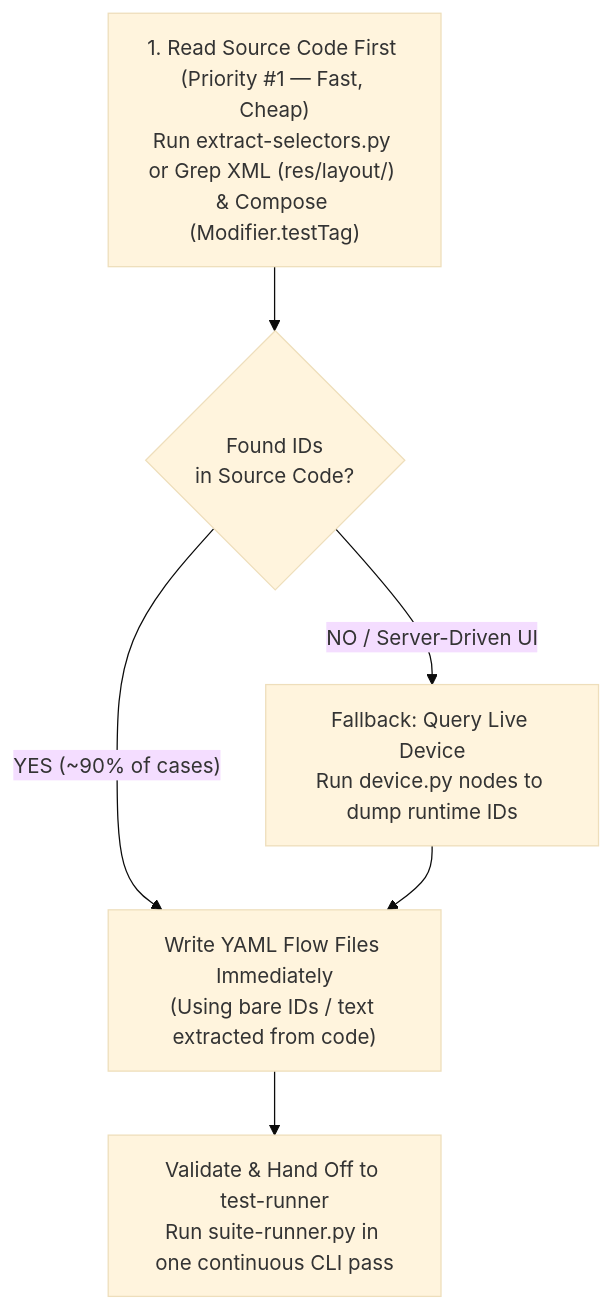
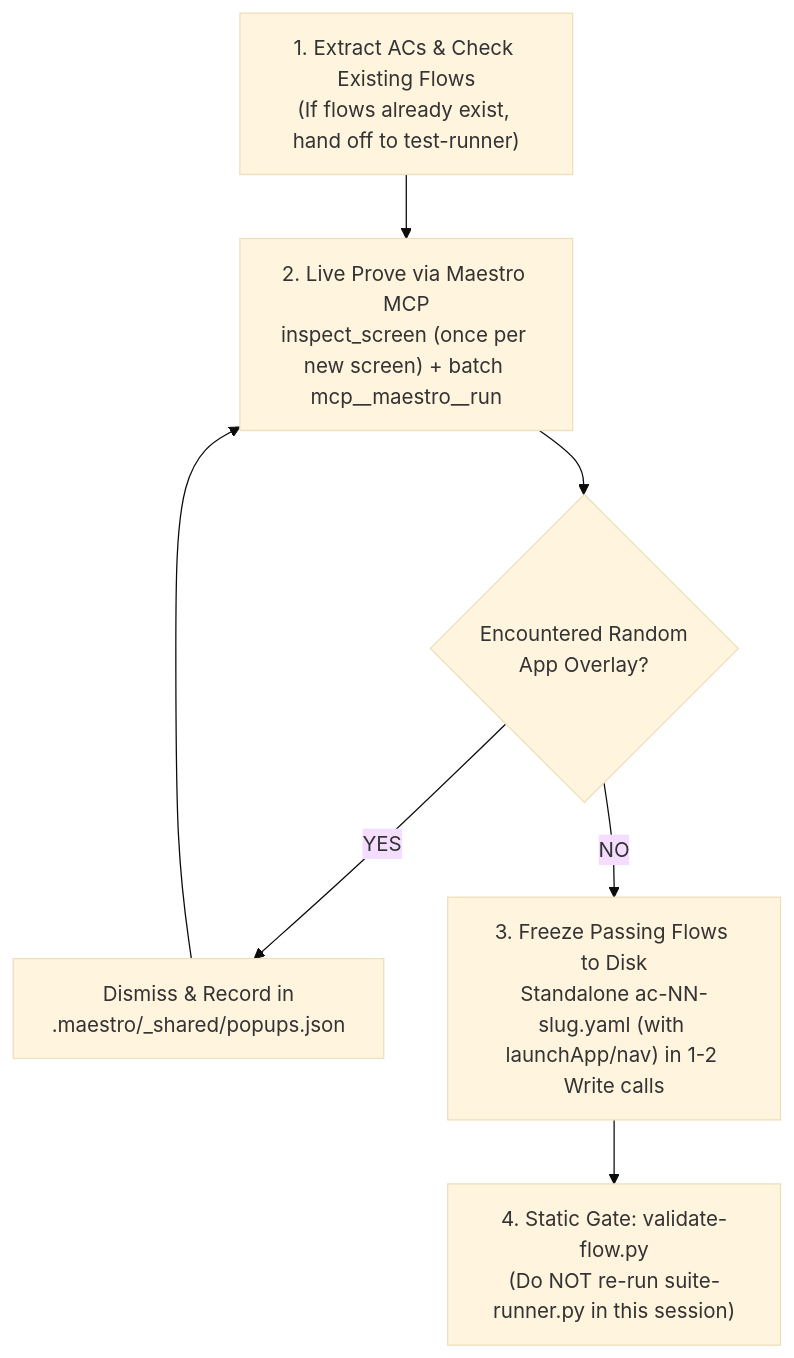
The diagram in skills/test-author/SKILL.md (yukido0205/android-agentic-sdlc), drawn with Mermaid (base theme) before and after one commit. The commit also changed other lines of this file and 8 other files, not shown here.

Commit message:
refactor(e2e): switch test-author to prove-first and add safe overlay handling

````diff
--- a/skills/test-author/SKILL.md
+++ b/skills/test-author/SKILL.md
@@ -66,8 +69,9 @@
 ```mermaid
 flowchart TD
-    A["1. Read Source Code First (Priority #1 — Fast, Cheap)<br/>Run extract-selectors.py or Grep XML (res/layout/) & Compose (Modifier.testTag)"] --> B{"Found IDs<br/>in Source Code?"}
-    B -->|"YES (~90% of cases)"| D["Write YAML Flow Files Immediately<br/>(Using bare IDs / text extracted from code)"]
-    B -->|"NO / Server-Driven UI"| C["Fallback: Query Live Device<br/>Run device.py nodes to dump runtime IDs"]
-    C --> D
-    D --> E["Validate & Hand Off to test-runner<br/>Run suite-runner.py in one continuous CLI pass"]
+    A["1. Extract ACs & Check Existing Flows<br/>(If flows already exist, hand off to test-runner)"] --> B["2. Live Prove via Maestro MCP<br/>inspect_screen (once per new screen) + batch mcp__maestro__run"]
+    B --> C{"Encountered Random<br/>App Overlay?"}
+    C -->|"YES"| D["Dismiss & Record in<br/>.maestro/_shared/popups.json"]
+    D --> B
+    C -->|"NO"| E["3. Freeze Passing Flows to Disk<br/>Standalone ac-NN-slug.yaml (with launchApp/nav) in 1-2 Write calls"]
+    E --> F["4. Static Gate: validate-flow.py<br/>(Do NOT re-run suite-runner.py in this session)"]
 ```
````
